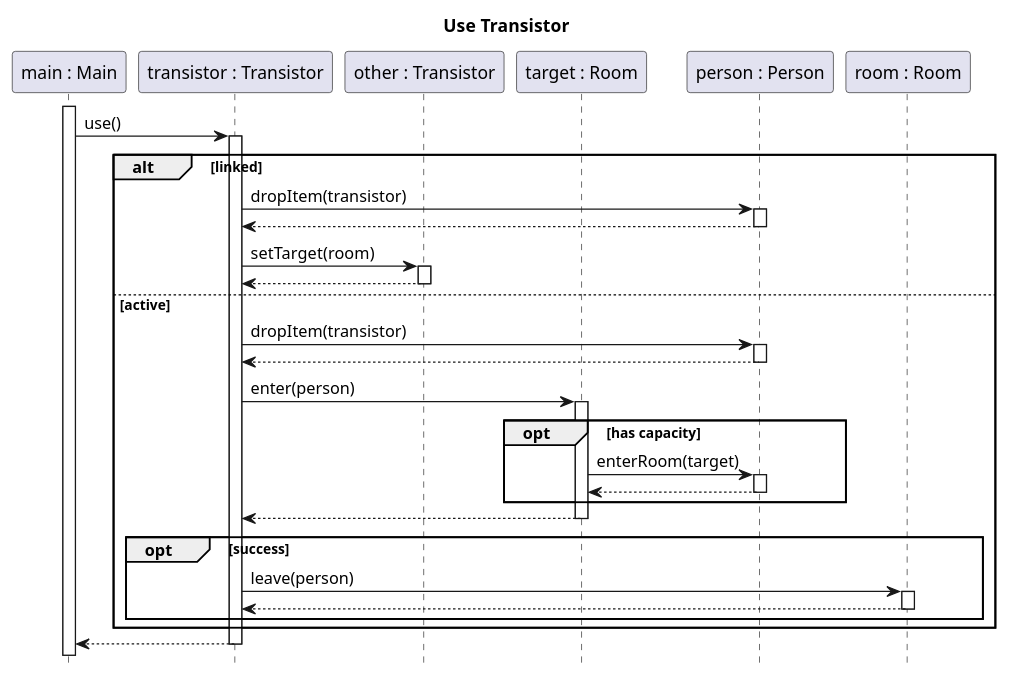
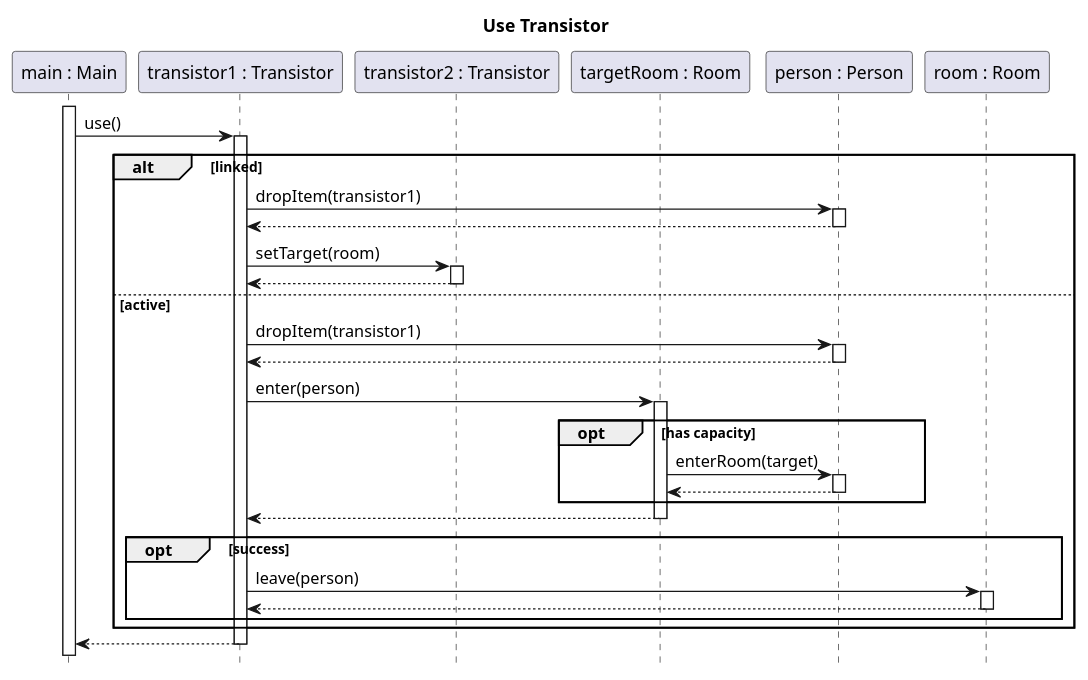
Before and after one commit to sn4k3ch4rm3r/logarlec: the diagram in docs/diagrams/test-sequence/student-use-transistor.puml, drawn with PlantUML. The commit also changed 15 other files, not shown here.

Commit message:
Sequence diagram consistency

```diff
--- a/docs/diagrams/test-sequence/student-use-transistor.puml
+++ b/docs/diagrams/test-sequence/student-use-transistor.puml
@@ -1,38 +1,38 @@
 @startuml student-use-transistor
 
 title Use Transistor
 hide footbox
 skinparam SequenceReferenceBackgroundColor white
 
 participant "main : Main" as main
-participant "transistor : Transistor" as transistor
-participant "other : Transistor" as other
-participant "target : Room" as target
+participant "transistor1 : Transistor" as transistor1
+participant "transistor2 : Transistor" as transistor2
+participant "targetRoom : Room" as target
 participant "person : Person" as person
 participant "room : Room" as room
 
 autoactivate on
 
 main++
-main-> transistor : use()
+main-> transistor1 : use()
 	alt linked
-		transistor -> person : dropItem(transistor)
+		transistor1 -> person : dropItem(transistor1)
 		return
-		transistor -> other : setTarget(room)
+		transistor1 -> transistor2 : setTarget(room)
 		return
 	else active
-		transistor -> person : dropItem(transistor)
+		transistor1 -> person : dropItem(transistor1)
 		return
-		transistor -> target : enter(person)
+		transistor1 -> target : enter(person)
 		opt has capacity
 			target -> person : enterRoom(target)
 			return
 		end
         return
 		opt success
-			transistor -> room ++: leave(person)
+			transistor1 -> room ++: leave(person)
 			return
 		end
 	end
 return
 @enduml
```
